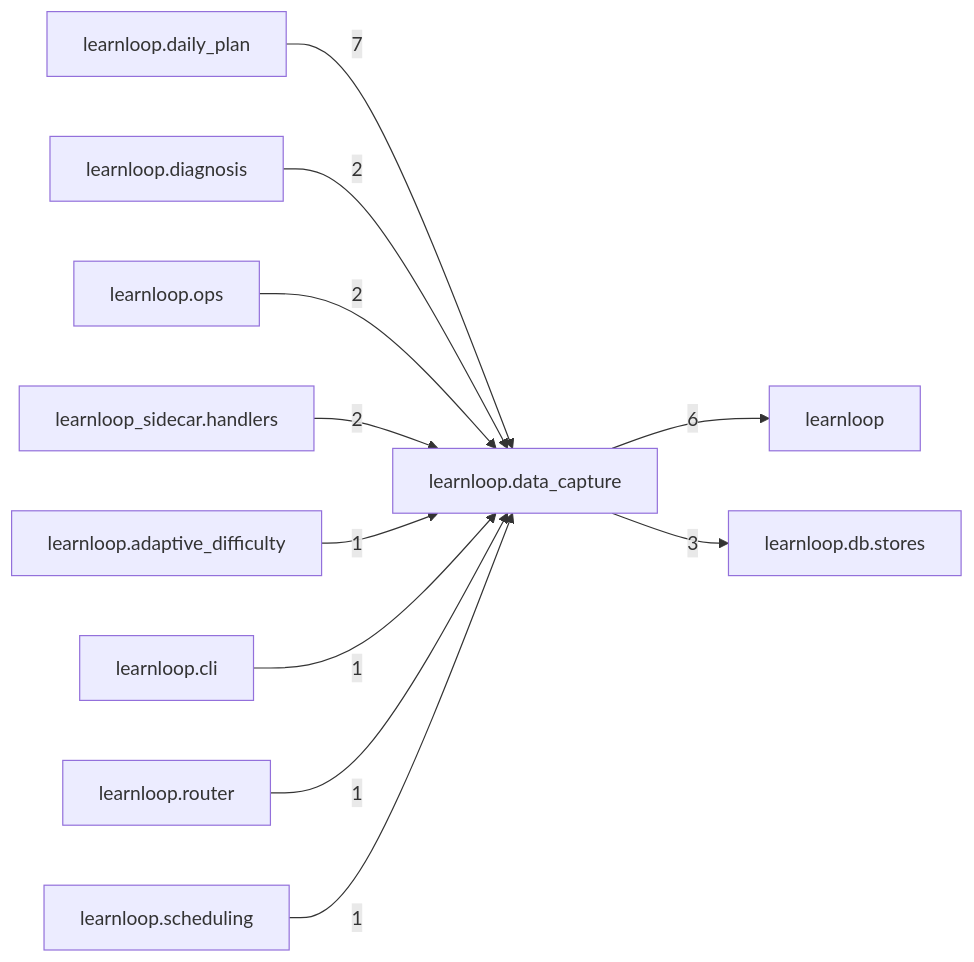
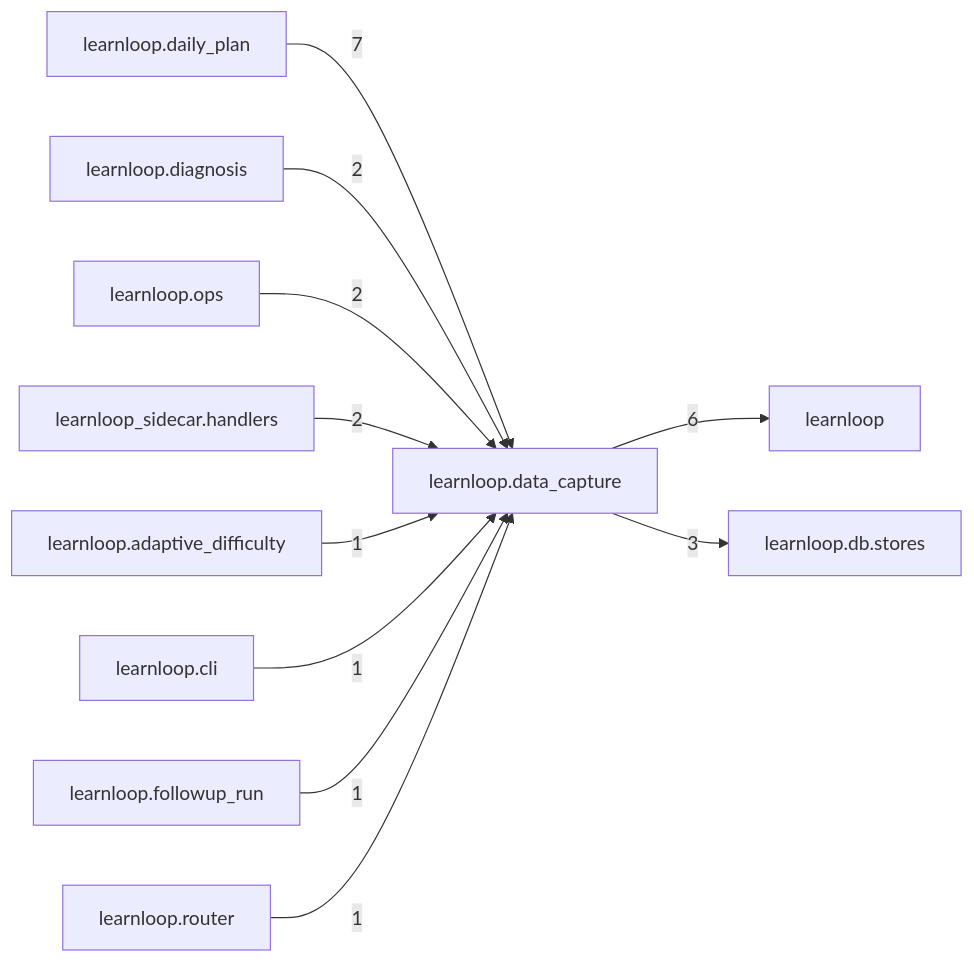
One commit to 6up-b/learnanything changed the diagram in docs/learnloop-architecture-vault/Reference/Modules/learnloop/data_capture/_package.md. Above: the diagram before and after it, drawn with Mermaid. The commit also changed other lines of this file and 616 other files, not shown here.

Commit message:
FG1 WIP (7e): references regenerated at migration 241 (db reference, desktop catalog, module catalog with learnloop.followup_serve and learnloop.followup_run described)

````diff
--- a/docs/learnloop-architecture-vault/Reference/Modules/learnloop/data_capture/_package.md
+++ b/docs/learnloop-architecture-vault/Reference/Modules/learnloop/data_capture/_package.md
@@ -80,24 +81,24 @@
 ```mermaid
 flowchart LR
     center["learnloop.data_capture"]
     n_learnloop_daily_plan["learnloop.daily_plan"]
     n_learnloop["learnloop"]
     n_learnloop_db_stores["learnloop.db.stores"]
     n_learnloop_diagnosis["learnloop.diagnosis"]
     n_learnloop_ops["learnloop.ops"]
     n_learnloop_sidecar_handlers["learnloop_sidecar.handlers"]
     n_learnloop_adaptive_difficulty["learnloop.adaptive_difficulty"]
     n_learnloop_cli["learnloop.cli"]
+    n_learnloop_followup_run["learnloop.followup_run"]
     n_learnloop_router["learnloop.router"]
-    n_learnloop_scheduling["learnloop.scheduling"]
     n_learnloop_daily_plan -->|7| center
     center -->|6| n_learnloop
     center -->|3| n_learnloop_db_stores
     n_learnloop_diagnosis -->|2| center
     n_learnloop_ops -->|2| center
     n_learnloop_sidecar_handlers -->|2| center
     n_learnloop_adaptive_difficulty -->|1| center
     n_learnloop_cli -->|1| center
+    n_learnloop_followup_run -->|1| center
     n_learnloop_router -->|1| center
-    n_learnloop_scheduling -->|1| center
 ```
````
